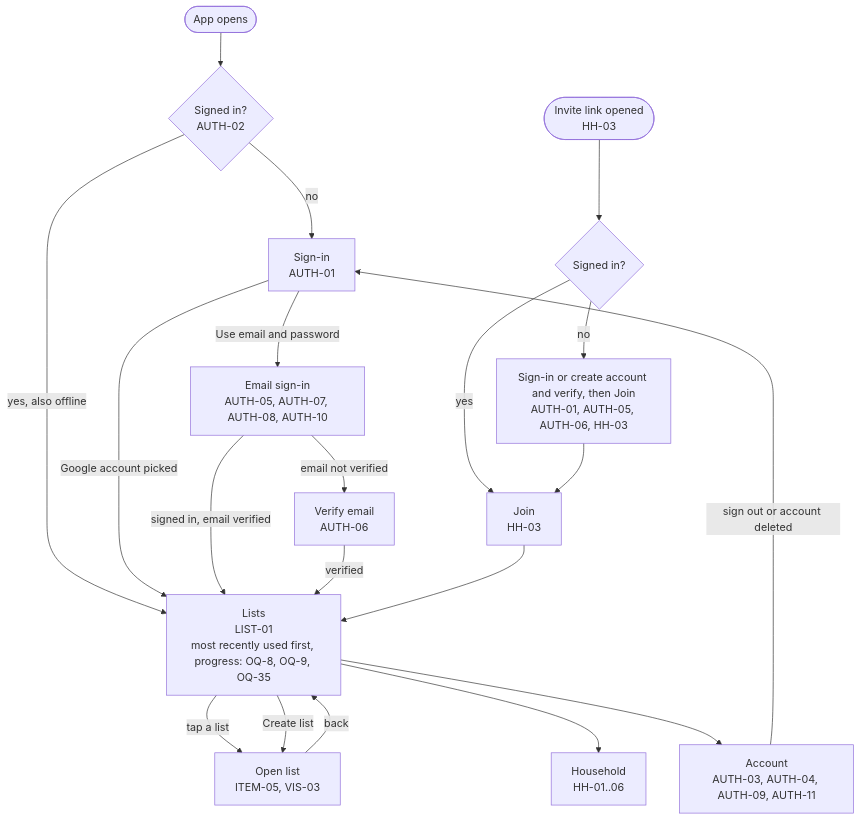
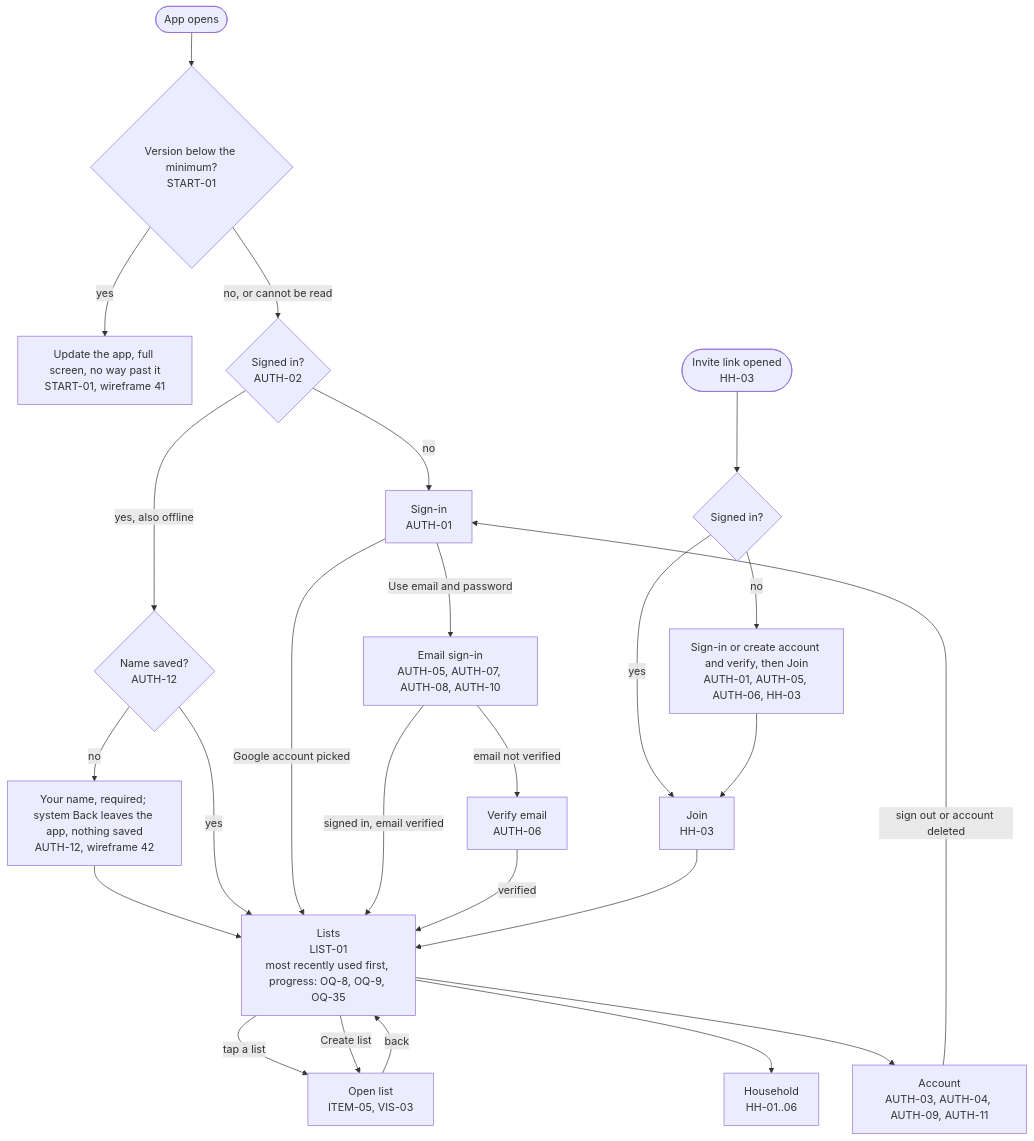
Before and after one commit to bondo/listicles2: the first of 11 diagrams in docs/product/flow.md, drawn with Mermaid. The commit also changed other lines of this file and 37 other files, not shown here.

````diff
--- a/docs/product/flow.md
+++ b/docs/product/flow.md
@@ -31,22 +31,26 @@
 ```mermaid
 flowchart TD
-    start(["App opens"]) --> signed{"Signed in?<br>AUTH-02"}
+    start(["App opens"]) --> gate{"Version below the minimum?<br>START-01"}
+    gate -- "yes" --> upd["Update the app, full screen, no way past it<br>START-01, wireframe 41"]
+    gate -- "no, or cannot be read" --> signed{"Signed in?<br>AUTH-02"}
     signed -- "no" --> signin["Sign-in<br>AUTH-01"]
-    signed -- "yes, also offline" --> lists["Lists<br>LIST-01<br>most recently used first, progress: OQ-8, OQ-9, OQ-35"]
+    signed -- "yes, also offline" --> named{"Name saved?<br>AUTH-12"}
+    named -- "no" --> nm0["Your name, required; system Back leaves the app, nothing saved<br>AUTH-12, wireframe 42"] --> lists
+    named -- "yes" --> lists["Lists<br>LIST-01<br>most recently used first, progress: OQ-8, OQ-9, OQ-35"]
     signin -- "Google account picked" --> lists
     signin -- "Use email and password" --> email["Email sign-in<br>AUTH-05, AUTH-07, AUTH-08, AUTH-10"]
     email -- "signed in, email verified" --> lists
     email -- "email not verified" --> verify["Verify email<br>AUTH-06"]
     verify -- "verified" --> lists
     link(["Invite link opened<br>HH-03"]) --> signed2{"Signed in?"}
     signed2 -- "no" --> signin2["Sign-in or create account and verify, then Join<br>AUTH-01, AUTH-05, AUTH-06, HH-03"]
     signed2 -- "yes" --> join["Join<br>HH-03"]
     signin2 --> join
     join --> lists
     lists -- "tap a list" --> open["Open list<br>ITEM-05, VIS-03"]
     lists -- "Create list" --> open
     lists --> household["Household<br>HH-01..06"]
     lists --> account["Account<br>AUTH-03, AUTH-04, AUTH-09, AUTH-11"]
     open -- "back" --> lists
     account -- "sign out or account deleted" --> signin
 ```
````
